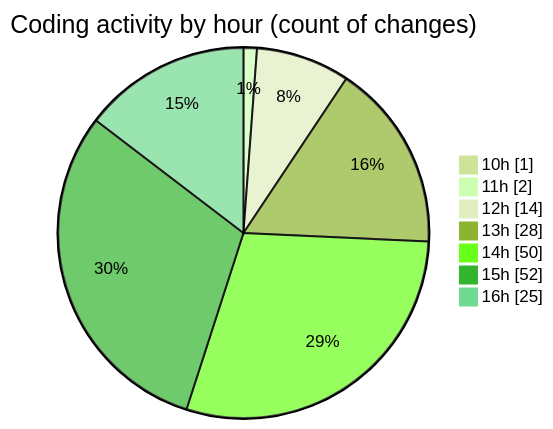
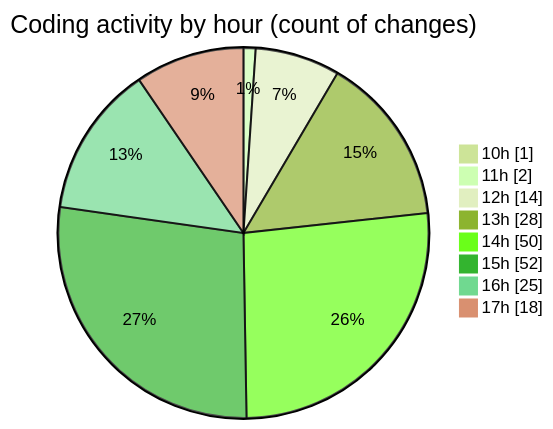
The second of 2 diagrams in 2026-11-02/cda/README.md (momahboobian/code-tracking), drawn with Mermaid (forest theme) before and after one commit. The commit also changed other lines of this file and 1 other file, not shown here.

````diff
--- a/2026-11-02/cda/README.md
+++ b/2026-11-02/cda/README.md
@@ -79,11 +89,12 @@
 ```mermaid
 pie showData
 title Coding activity by hour (count of changes)
 "10h" : 1
 "11h" : 2
 "12h" : 14
 "13h" : 28
 "14h" : 50
 "15h" : 52
 "16h" : 25
+"17h" : 18
 ```
````
